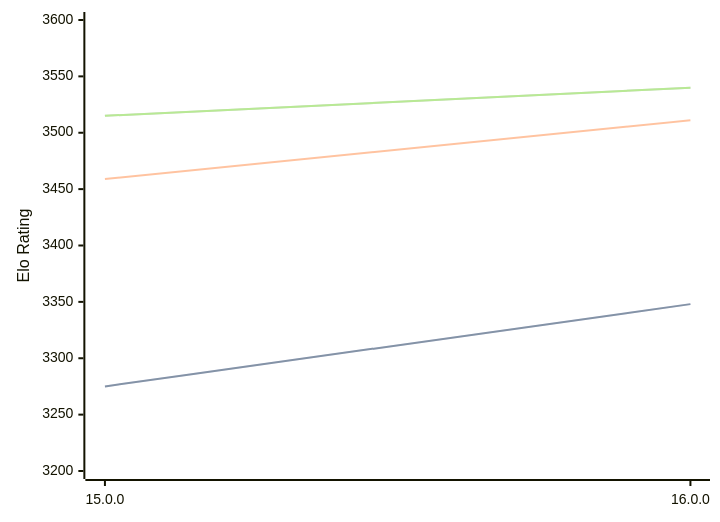
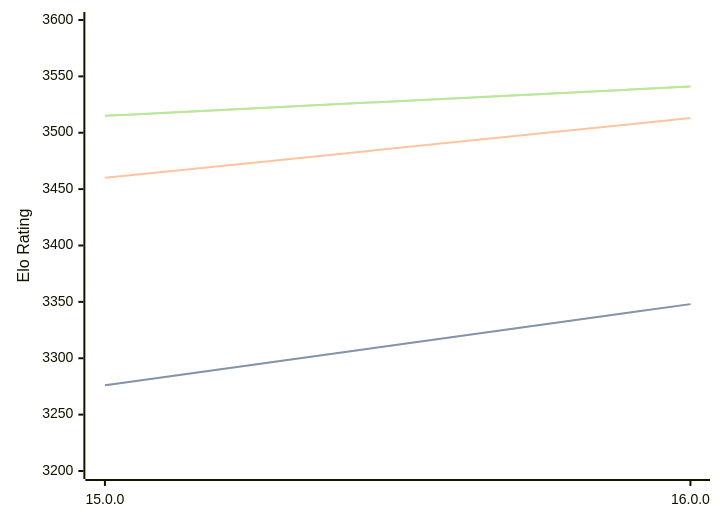
Before and after one commit to computer-chess-index/cci: the first of 3 diagrams in engines/Halogen.md, drawn with Mermaid. The commit also changed other lines of this file, not shown here.

Commit message:
Update CCI Ratings (ELO VLTC) - 2026-07-12

````diff
--- a/engines/Halogen.md
+++ b/engines/Halogen.md
@@ -50,11 +50,11 @@
 ```mermaid
 %%{init: {"theme":"base","themeVariables":{"seriesColors:['#a3a3a3','#222221','#faa371']}}}%%
 xychart-beta
   x-axis ["15.0.0", "16.0.0"]
   y-axis "Elo Rating" 3200 --> 3600
-  line "STC (8.0+0.08s)" [3275, 3348]
-  line "STC (8.0+0.08s)" [3275, 3348]
-  line "LTC (60.0+0.60s)" [3459, 3511]
-  line "VLTC (2m24s+1.12s)" [3515, 3540]
-  line "VLTC (2m24s+1.12s)" [3515, 3540]
+  line "STC (8.0+0.08s)" [3276, 3348]
+  line "STC (8.0+0.08s)" [3276, 3348]
+  line "LTC (60.0+0.60s)" [3460, 3513]
+  line "VLTC (2m24s+1.12s)" [3515, 3541]
+  line "VLTC (2m24s+1.12s)" [3515, 3541]
 ```
````
